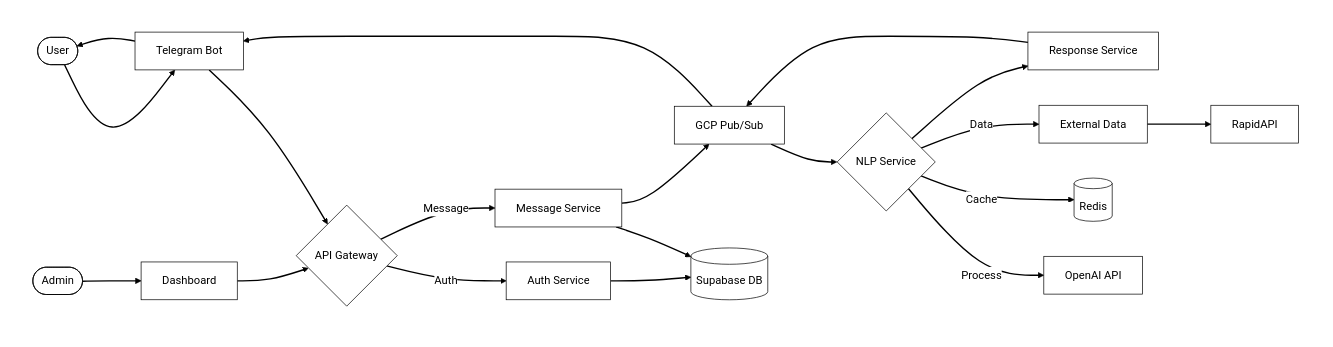
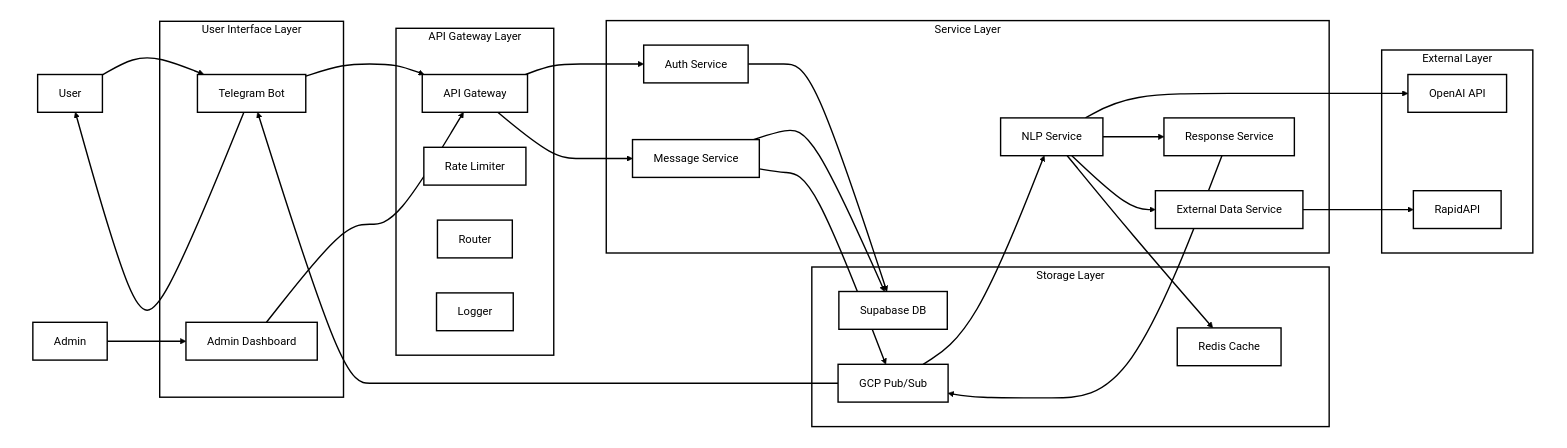
The diagram in README.md (esakrissa/modern-isoner), drawn with Mermaid before and after one commit.

Commit message:
Redesign flowchart with consistent box shapes and better layer organization

```diff
--- a/README.md
+++ b/README.md
@@ -42,31 +42,61 @@
 flowchart TB
     subgraph MainContainer[" "]
         %% User Interface Layer
-        User([User]) --> TB[Telegram Bot]
-        Admin([Admin]) --> AD[Dashboard]
+        subgraph UI[User Interface Layer]
+            TB[Telegram Bot]
+            AD[Admin Dashboard]
+        end
         
         %% Gateway Layer
-        TB --> AG{API Gateway}
+        subgraph GW[API Gateway Layer]
+            AG[API Gateway]
+            RL[Rate Limiter]
+            RO[Router]
+            LG[Logger]
+        end
+        
+        %% Service Layer
+        subgraph SVC[Service Layer]
+            AS[Auth Service]
+            MS[Message Service]
+            NLP[NLP Service]
+            EDS[External Data Service]
+            RS[Response Service]
+        end
+        
+        %% Storage Layer
+        subgraph ST[Storage Layer]
+            SB[Supabase DB]
+            PS[GCP Pub/Sub]
+            RC[Redis Cache]
+        end
+        
+        %% External Layer
+        subgraph EXT[External Layer]
+            OAI[OpenAI API]
+            RAPI[RapidAPI]
+        end
+        
+        %% Connections
+        User --> TB
+        Admin --> AD
+        
+        TB --> AG
         AD --> AG
         
-        %% Service Layer
-        AG -->|Auth| AS[Auth Service]
-        AG -->|Message| MS[Message Service]
+        AG --> AS & MS
         
-        %% Storage Layer
-        AS --> SB[(Supabase DB)]
+        AS --> SB
         MS --> SB
-        MS --> PS[GCP Pub/Sub]
+        MS --> PS
         
-        %% Processing Layer
-        PS --> NLP{NLP Service}
-        NLP -->|Process| OAI[OpenAI API]
-        NLP -->|Cache| RC[(Redis)]
-        NLP -->|Data| EDS[External Data]
-        EDS --> RAPI[RapidAPI]
+        PS --> NLP
+        NLP --> OAI
+        NLP --> RC
+        NLP --> EDS
+        EDS --> RAPI
         
-        %% Response Layer
-        NLP --> RS[Response Service]
+        NLP --> RS
         RS --> PS
         PS --> TB
         TB --> User
@@ -74,21 +104,31 @@
 
     %% Styling
     style MainContainer fill:#ffffff,stroke:#ffffff,stroke-width:4px
-    style User fill:#ffffff,stroke:#000000
-    style Admin fill:#ffffff,stroke:#000000
-    style TB fill:#ffffff,stroke:#000000
-    style AD fill:#ffffff,stroke:#000000
-    style AG fill:#ffffff,stroke:#000000
-    style AS fill:#ffffff,stroke:#000000
-    style MS fill:#ffffff,stroke:#000000
-    style NLP fill:#ffffff,stroke:#000000
-    style EDS fill:#ffffff,stroke:#000000
-    style RS fill:#ffffff,stroke:#000000
-    style SB fill:#ffffff,stroke:#000000
-    style PS fill:#ffffff,stroke:#000000
-    style RC fill:#ffffff,stroke:#000000
-    style OAI fill:#ffffff,stroke:#000000
-    style RAPI fill:#ffffff,stroke:#000000
+    style UI fill:#ffffff,stroke:#000000,stroke-width:2px
+    style GW fill:#ffffff,stroke:#000000,stroke-width:2px
+    style SVC fill:#ffffff,stroke:#000000,stroke-width:2px
+    style ST fill:#ffffff,stroke:#000000,stroke-width:2px
+    style EXT fill:#ffffff,stroke:#000000,stroke-width:2px
+    
+    %% Node Styling
+    style User fill:#ffffff,stroke:#000000,stroke-width:2px
+    style Admin fill:#ffffff,stroke:#000000,stroke-width:2px
+    style TB fill:#ffffff,stroke:#000000,stroke-width:2px
+    style AD fill:#ffffff,stroke:#000000,stroke-width:2px
+    style AG fill:#ffffff,stroke:#000000,stroke-width:2px
+    style RL fill:#ffffff,stroke:#000000,stroke-width:2px
+    style RO fill:#ffffff,stroke:#000000,stroke-width:2px
+    style LG fill:#ffffff,stroke:#000000,stroke-width:2px
+    style AS fill:#ffffff,stroke:#000000,stroke-width:2px
+    style MS fill:#ffffff,stroke:#000000,stroke-width:2px
+    style NLP fill:#ffffff,stroke:#000000,stroke-width:2px
+    style EDS fill:#ffffff,stroke:#000000,stroke-width:2px
+    style RS fill:#ffffff,stroke:#000000,stroke-width:2px
+    style SB fill:#ffffff,stroke:#000000,stroke-width:2px
+    style PS fill:#ffffff,stroke:#000000,stroke-width:2px
+    style RC fill:#ffffff,stroke:#000000,stroke-width:2px
+    style OAI fill:#ffffff,stroke:#000000,stroke-width:2px
+    style RAPI fill:#ffffff,stroke:#000000,stroke-width:2px
 
     %% Link Styling
     linkStyle default stroke:#000000,stroke-width:2px
```
